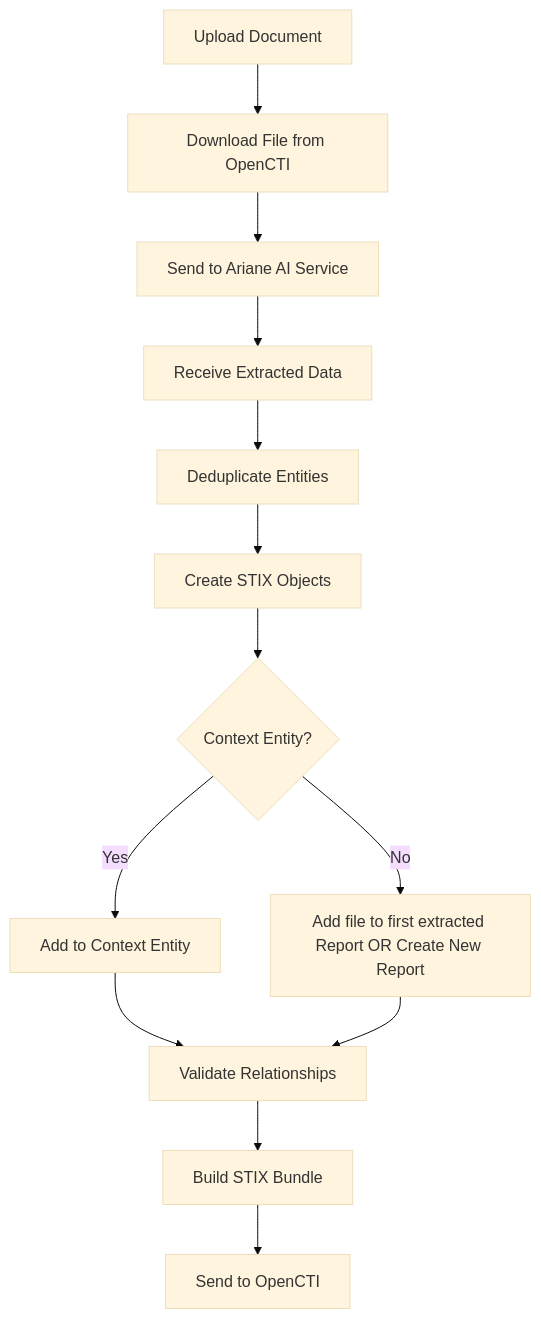
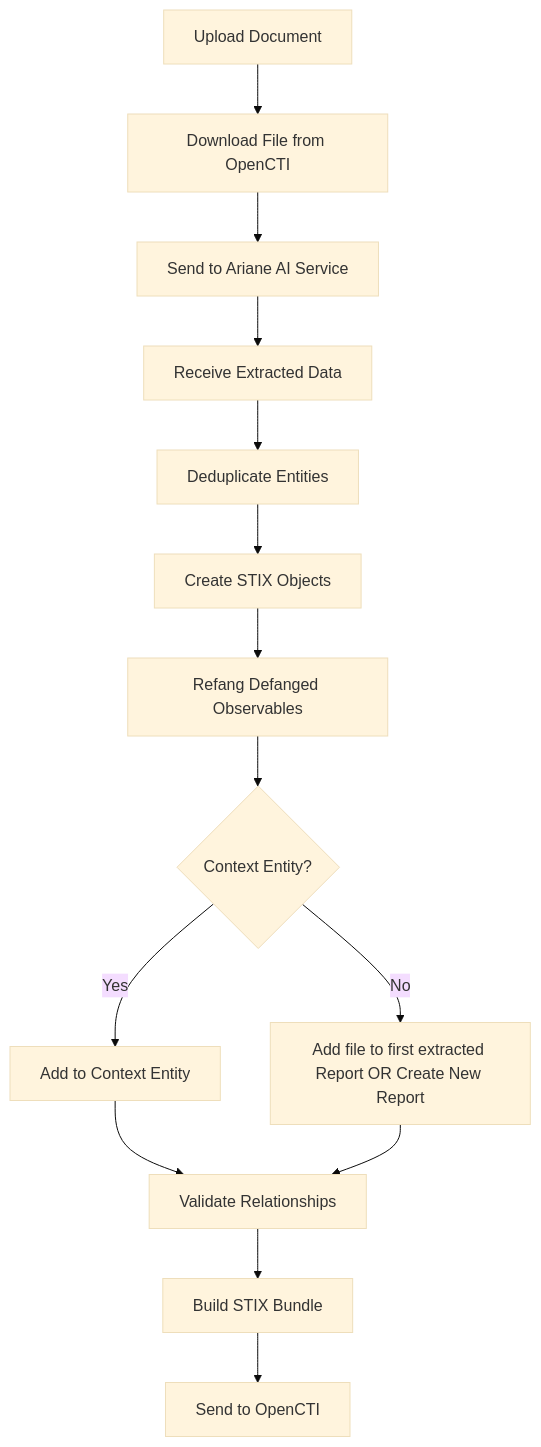
The first of 2 diagrams in internal-import-file/import-document-ai/README.md (OpenCTI-Platform/connectors), drawn with Mermaid (base theme) before and after one commit. The commit also changed other lines of this file and 5 other files, not shown here.

Commit message:
fix(import-document-ai): refang defanged observables (#7781) (#7782)

````diff
--- a/internal-import-file/import-document-ai/README.md
+++ b/internal-import-file/import-document-ai/README.md
@@ -123,15 +124,16 @@
 ```mermaid
 flowchart TD
     A[Upload Document] --> B[Download File from OpenCTI]
     B --> C[Send to Ariane AI Service]
     C --> D[Receive Extracted Data]
     D --> E[Deduplicate Entities]
     E --> F[Create STIX Objects]
-    F --> G{Context Entity?}
+    F --> R[Refang Defanged Observables]
+    R --> G{Context Entity?}
     G -->|Yes| H[Add to Context Entity]
     G -->|No| I[Add file to first extracted Report OR Create New Report]
     H --> J[Validate Relationships]
     I --> J
     J --> K[Build STIX Bundle]
     K --> L[Send to OpenCTI]
 ```
````
